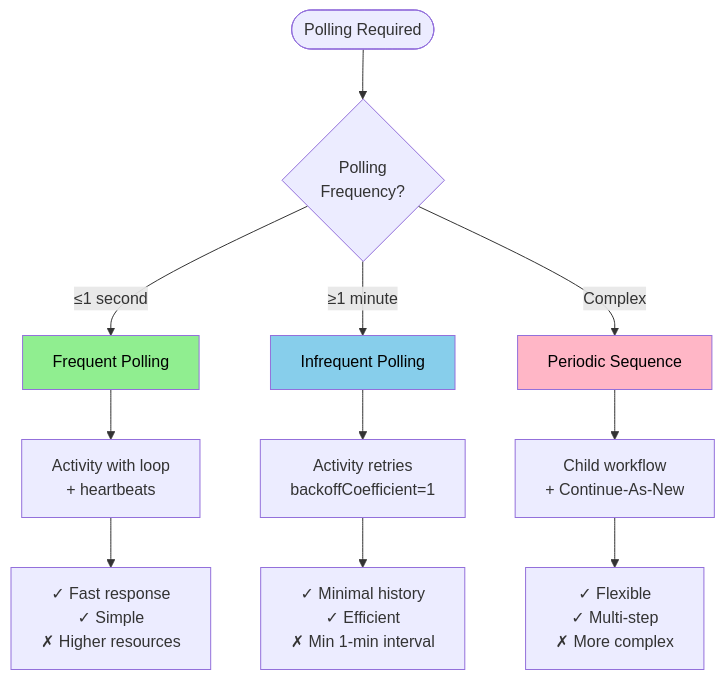
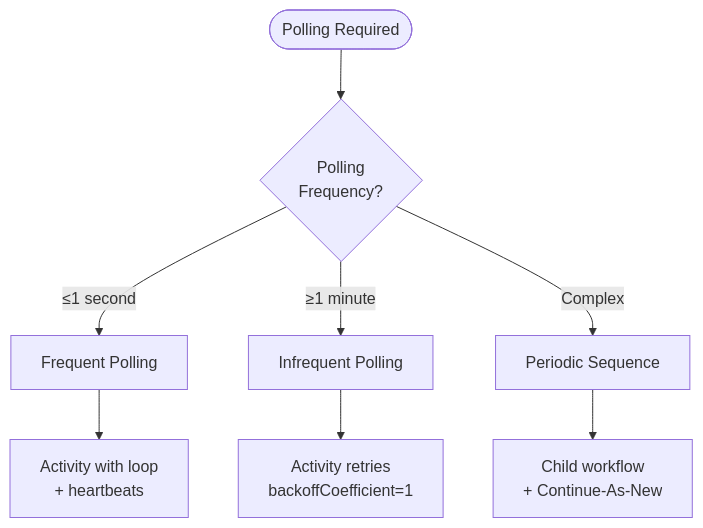
One commit to taonic/temporal-design-patterns changed the diagram in docs/polling.md. Above: the diagram before and after it, drawn with Mermaid. The commit also changed other lines of this file and 25 other files, not shown here.

````diff
--- a/docs/polling.md
+++ b/docs/polling.md
@@ -31,20 +23,12 @@
 ```mermaid
 flowchart TD
     Start([Polling Required]) --> Freq{Polling<br/>Frequency?}
     
     Freq -->|≤1 second| Fast[Frequent Polling]
     Freq -->|≥1 minute| Slow[Infrequent Polling]
     Freq -->|Complex| Complex[Periodic Sequence]
     
     Fast --> FastImpl[Activity with loop<br/>+ heartbeats]
     Slow --> SlowImpl[Activity retries<br/>backoffCoefficient=1]
     Complex --> ComplexImpl[Child workflow<br/>+ Continue-As-New]
-    
-    FastImpl --> FastPros["✓ Fast response<br/>✓ Simple<br/>✗ Higher resources"]
-    SlowImpl --> SlowPros["✓ Minimal history<br/>✓ Efficient<br/>✗ Min 1-min interval"]
-    ComplexImpl --> ComplexPros["✓ Flexible<br/>✓ Multi-step<br/>✗ More complex"]
-    
-    style Fast fill:#90EE90,color:#000
-    style Slow fill:#87CEEB,color:#000
-    style Complex fill:#FFB6C6,color:#000
 ```
````
